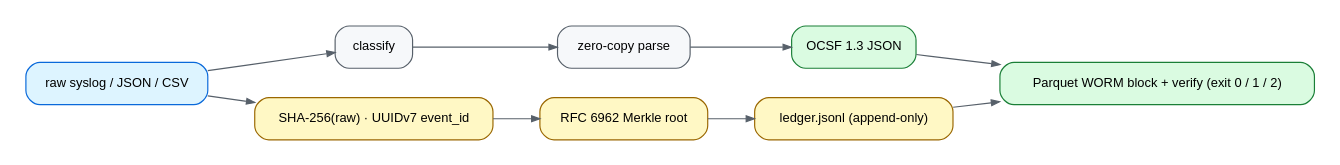
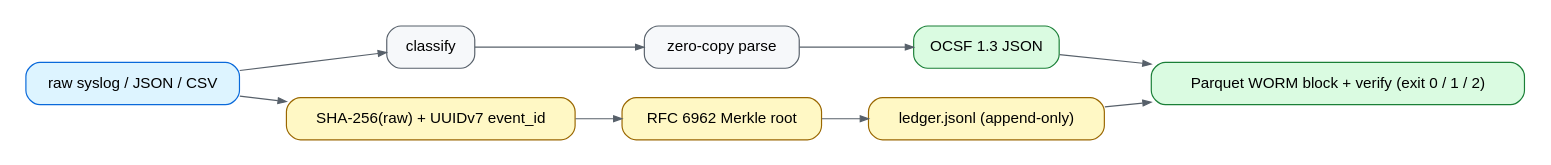
One commit to animishraa05/layaRustparser changed the diagram in docs/diagrams/hero-flow.dot. Above: the diagram before and after it, drawn with Graphviz. The commit also changed 11 other files, not shown here.

First line of the commit message:
docs(diagrams): rewrite 6 DOT labels to ASCII-only plain English

```diff
--- a/docs/diagrams/hero-flow.dot
+++ b/docs/diagrams/hero-flow.dot
@@ -1,19 +1,20 @@
-// ULPF hero flow — source for the README.md opening diagram.
+// ULPF hero flow - source for the README.md opening diagram.
 // Regenerate: dot -Tsvg docs/diagrams/hero-flow.dot -o docs/diagrams/hero-flow.svg
+// Rule: ASCII-only label text (no unicode symbols - some renderers show tofu).
 digraph hero_flow {
   graph [rankdir=LR, bgcolor="white", pad="0.2", nodesep="0.35", ranksep="0.55", fontname="Helvetica"];
-  node [shape="box", style="filled,rounded", fillcolor="#f6f8fa", color="#57606a", fontname="Helvetica", fontsize="11", margin="0.16,0.09"];
-  edge [color="#57606a", fontname="Helvetica", fontsize="10", arrowsize="0.7"];
+  node [shape="box", style="filled,rounded", fillcolor="#f6f8fa", color="#57606a", fontname="Helvetica", fontsize="13", margin="0.18,0.10"];
+  edge [color="#57606a", fontname="Helvetica", fontsize="11", arrowsize="0.7"];
 
   input    [label="raw syslog / JSON / CSV", fillcolor="#ddf4ff", color="#0969da"];
   classify [label="classify"];
   parse    [label="zero-copy parse"];
   ocsf     [label="OCSF 1.3 JSON", fillcolor="#dafbe1", color="#1a7f37"];
-  hash     [label="SHA-256(raw) · UUIDv7 event_id", fillcolor="#fff8c5", color="#9a6700"];
+  hash     [label="SHA-256(raw) + UUIDv7 event_id", fillcolor="#fff8c5", color="#9a6700"];
   merkle   [label="RFC 6962 Merkle root", fillcolor="#fff8c5", color="#9a6700"];
   ledger   [label="ledger.jsonl (append-only)", fillcolor="#fff8c5", color="#9a6700"];
   worm     [label="Parquet WORM block + verify (exit 0 / 1 / 2)", fillcolor="#dafbe1", color="#1a7f37"];
 
   input -> classify -> parse -> ocsf -> worm;
   input -> hash -> merkle -> ledger -> worm;
 }
```
